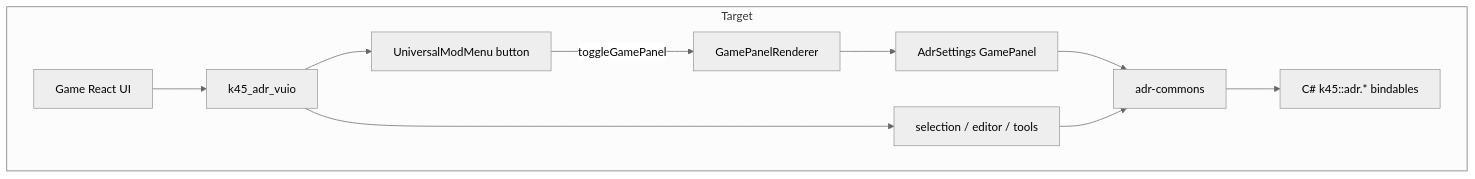
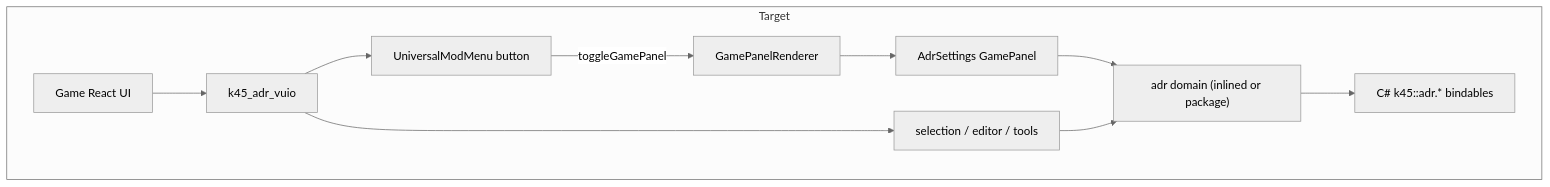
Before and after one commit to klyte45/CS2-AddressesMod: the second of 3 diagrams in .klyte-kanban/RefsLibrary/2026082521_main-to-vuio-migration/01-architecture-and-host.md, drawn with Mermaid (neutral theme). The commit also changed other lines of this file and 6 other files, not shown here.

````diff
--- a/.klyte-kanban/RefsLibrary/2026082521_main-to-vuio-migration/01-architecture-and-host.md
+++ b/.klyte-kanban/RefsLibrary/2026082521_main-to-vuio-migration/01-architecture-and-host.md
@@ -27,13 +27,13 @@
 ```mermaid
 flowchart TB
   subgraph target [Target]
     GameUI2[Game React UI] --> VuioMod2[k45_adr_vuio]
     VuioMod2 --> UMM[UniversalModMenu button]
     UMM -->|"toggleGamePanel"| GPR[GamePanelRenderer]
     GPR --> Settings[AdrSettings GamePanel]
     VuioMod2 --> Contextual[selection / editor / tools]
-    Settings --> Commons2[adr-commons]
-    Contextual --> Commons2
-    Commons2 --> CSharp2["C# k45::adr.* bindables"]
+    Settings --> AdrDomain["adr domain (inlined or package)"]
+    Contextual --> AdrDomain
+    AdrDomain --> CSharp2["C# k45::adr.* bindables"]
   end
 ```
````
